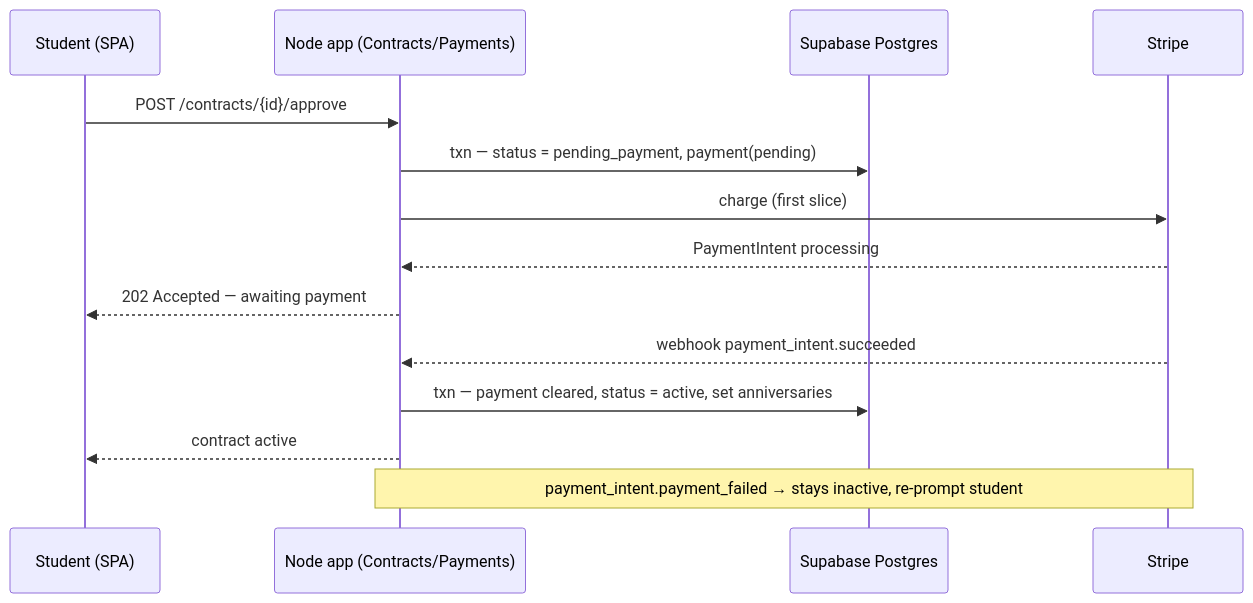
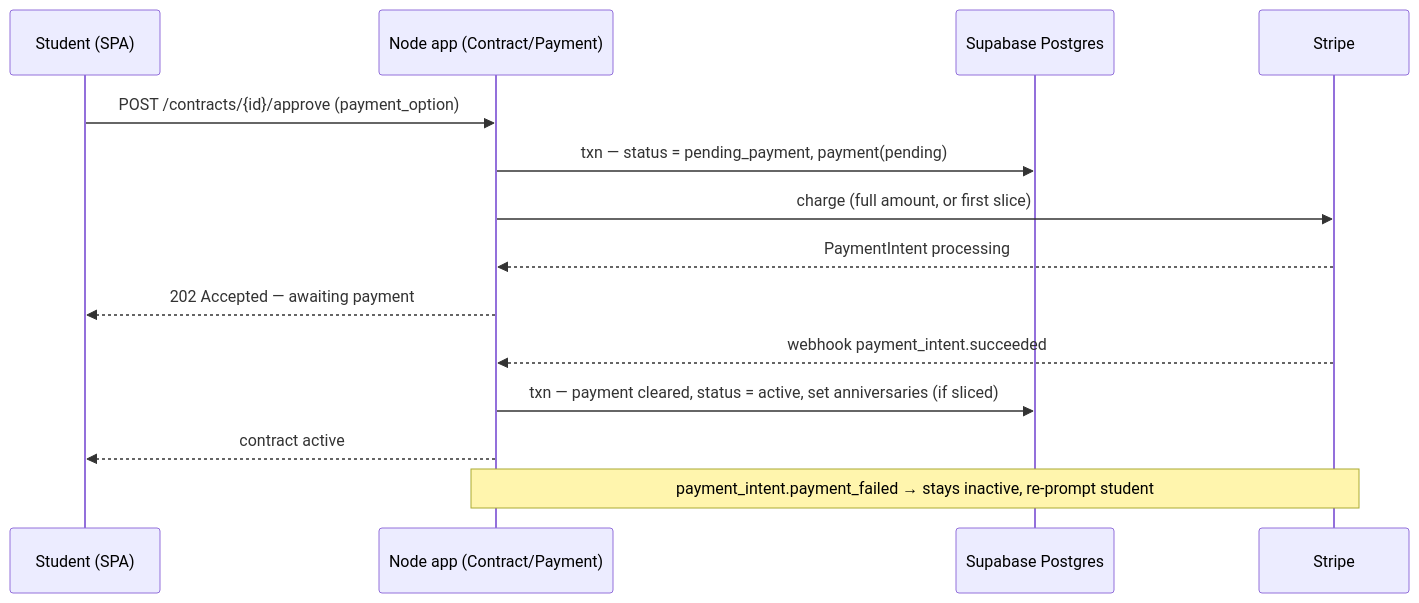
The second of 3 diagrams in nisbah-learning-design-doc.md (Vishnu373/nisbah-learning), drawn with Mermaid before and after one commit. The commit also changed other lines of this file, not shown here.

Commit message:
contract lifecycle added

````diff
--- a/nisbah-learning-design-doc.md
+++ b/nisbah-learning-design-doc.md
@@ -117,19 +184,19 @@
 ```mermaid
 sequenceDiagram
     participant S as Student (SPA)
-    participant App as Node app (Contracts/Payments)
+    participant App as Node app (Contract/Payment)
     participant DB as Supabase Postgres
     participant Stripe as Stripe
 
-    S->>App: POST /contracts/{id}/approve
+    S->>App: POST /contracts/{id}/approve (payment_option)
     App->>DB: txn — status = pending_payment, payment(pending)
-    App->>Stripe: charge (first slice)
+    App->>Stripe: charge (full amount, or first slice)
     Stripe-->>App: PaymentIntent processing
     App-->>S: 202 Accepted — awaiting payment
 
     Stripe-->>App: webhook payment_intent.succeeded
-    App->>DB: txn — payment cleared, status = active, set anniversaries
+    App->>DB: txn — payment cleared, status = active, set anniversaries (if sliced)
     App-->>S: contract active
 
     Note over App,Stripe: payment_intent.payment_failed → stays inactive, re-prompt student
 ```
````
